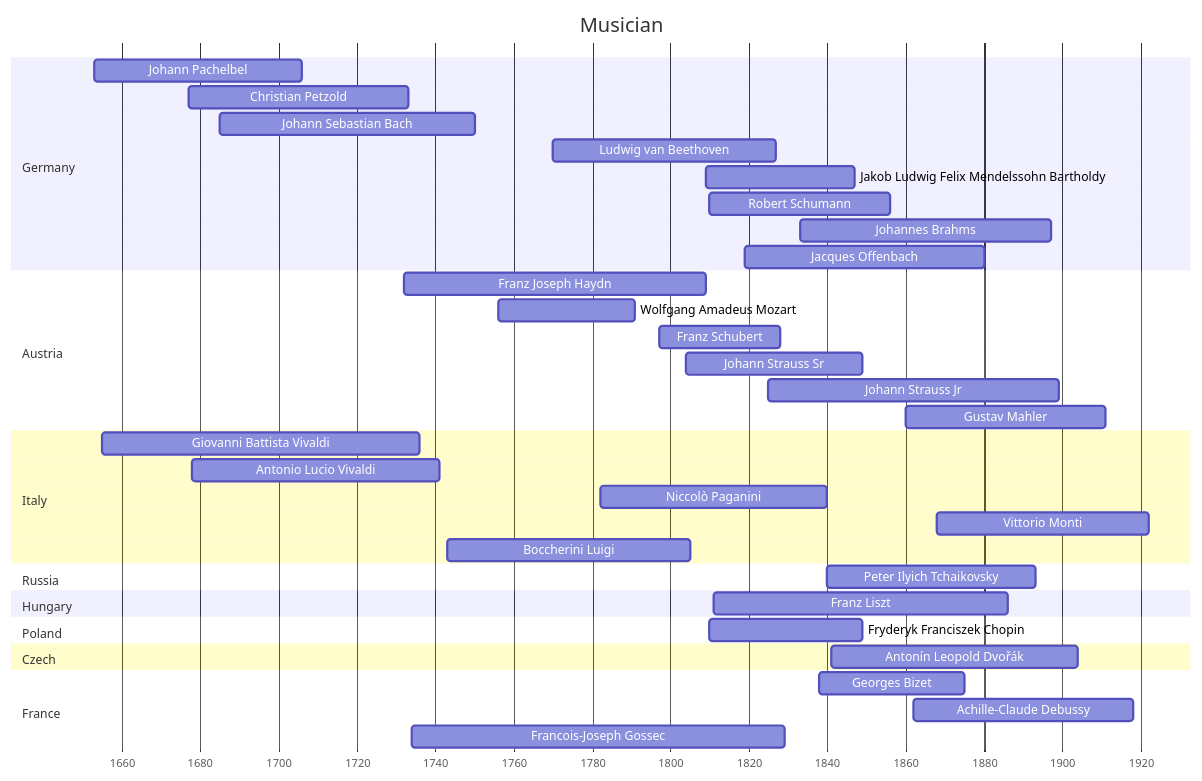
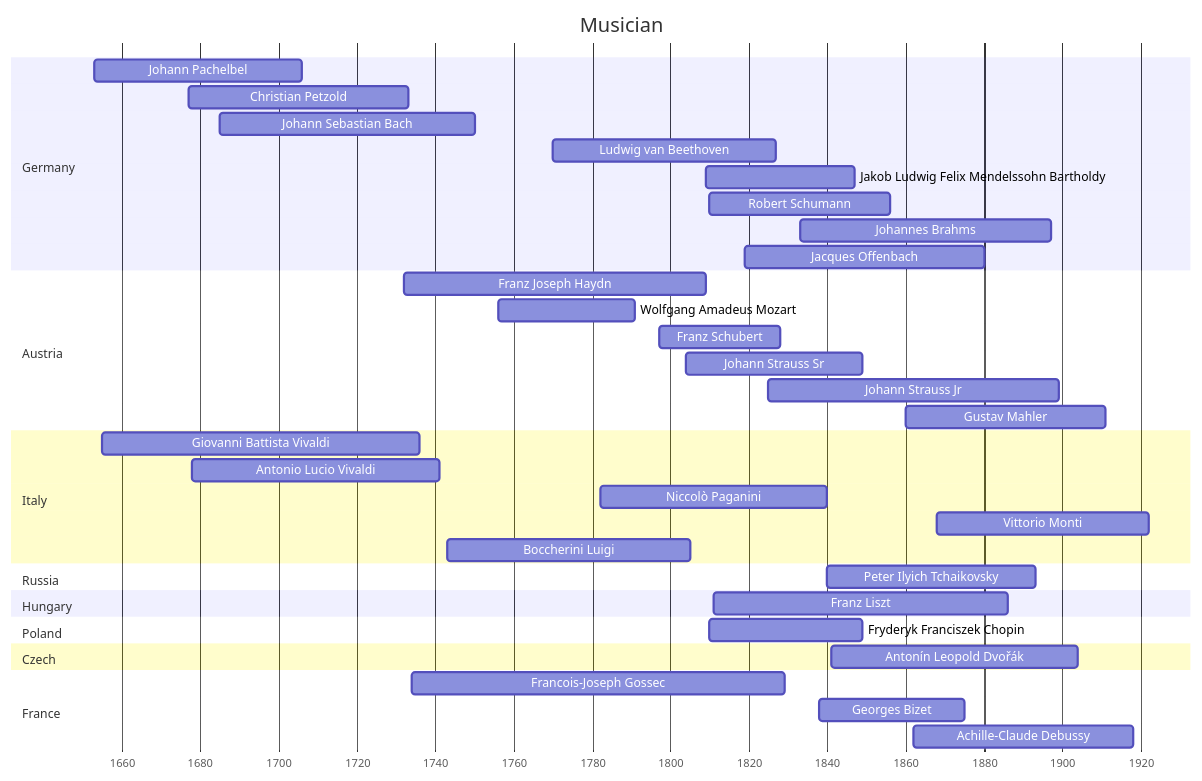
One commit to Cosimzhou/MyBook changed the diagram in musicians.md. Above: the diagram before and after it, drawn with Mermaid. The commit also changed other lines of this file and 1 other file, not shown here.

````diff
--- a/musicians.md
+++ b/musicians.md
@@ -10,42 +10,43 @@
 ```mermaid
 gantt
 title Musician
 dateFormat YYYY
 axisFormat  %Y
 
 section Germany
 Johann Pachelbel:1653,1706
 Christian Petzold:1677,1733
 Johann Sebastian Bach :1685,1750
 Ludwig van Beethoven:1770,1827
 Jakob Ludwig Felix Mendelssohn Bartholdy:1809,1847
 Robert Schumann:1810,1856
 Johannes Brahms:1833,1897
 Jacques Offenbach:1819,1880
 section Austria
 Franz Joseph Haydn:1732,1809
 Wolfgang Amadeus Mozart:1756,1791
 Franz Schubert:1797,1828
 Johann Strauss Sr:1804,1849
 Johann Strauss Jr:1825,1899
 Gustav Mahler:1860,1911
 section Italy
 Giovanni Battista Vivaldi:1655,1736
 Antonio Lucio Vivaldi:1678,1741
 Niccolò Paganini:1782,1840
 Vittorio Monti:1868,1922
 Boccherini Luigi:1743,1805
 section Russia
 Peter Ilyich Tchaikovsky:1840,1893
 section Hungary
 Franz Liszt:1811,1886
 section Poland
 Fryderyk Franciszek Chopin:1810,1849
 section Czech
 Antonín Leopold Dvořák:1841,1904
 section France
+Francois-Joseph Gossec:1734,1829
 Georges Bizet:1838,1875
 Achille-Claude Debussy:1862,1918
-Francois-Joseph Gossec:1734,1829
+
 
 ```
````
